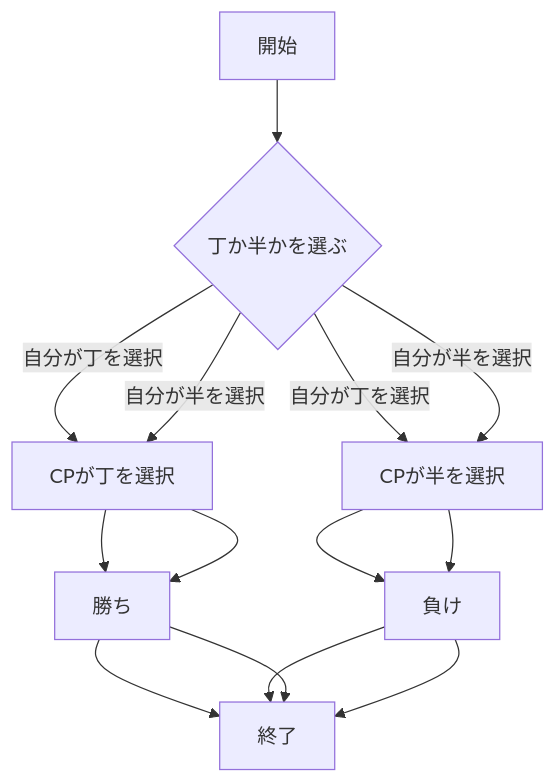
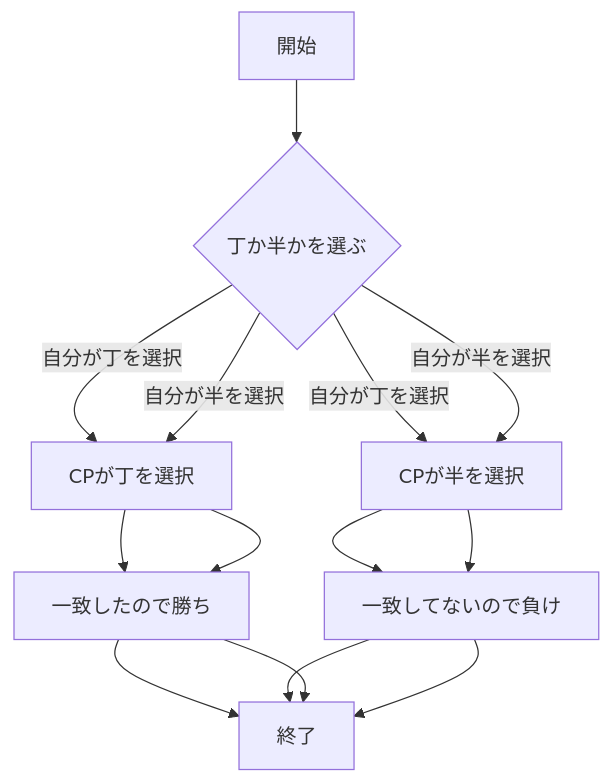
Before and after one commit to km919/webpro_06: the eighth of 8 diagrams in README.md, drawn with Mermaid.

Commit message:
11/18の13:32に編集済

````diff
--- a/README.md
+++ b/README.md
@@ -303,15 +303,15 @@
 ```mermaid
 flowchart TD;
 start["開始"];
 end1["終了"]
 if{"丁か半かを選ぶ"}
 start --> if
 if --> |自分が丁を選択|　CPが丁を選択
-CPが丁を選択 --> 勝ち --> end1
+CPが丁を選択 --> 一致したので勝ち --> end1
 if --> |自分が丁を選択|　CPが半を選択
-CPが半を選択 --> 負け --> end1
+CPが半を選択 --> 一致してないので負け --> end1
 if --> |自分が半を選択|　CPが丁を選択
-CPが丁を選択 --> 勝ち --> end1
+CPが丁を選択 --> 一致したので勝ち --> end1
 if --> |自分が半を選択|　CPが半を選択
-CPが半を選択 --> 負け --> end1
+CPが半を選択 --> 一致してないので負け --> end1
 ```
````
